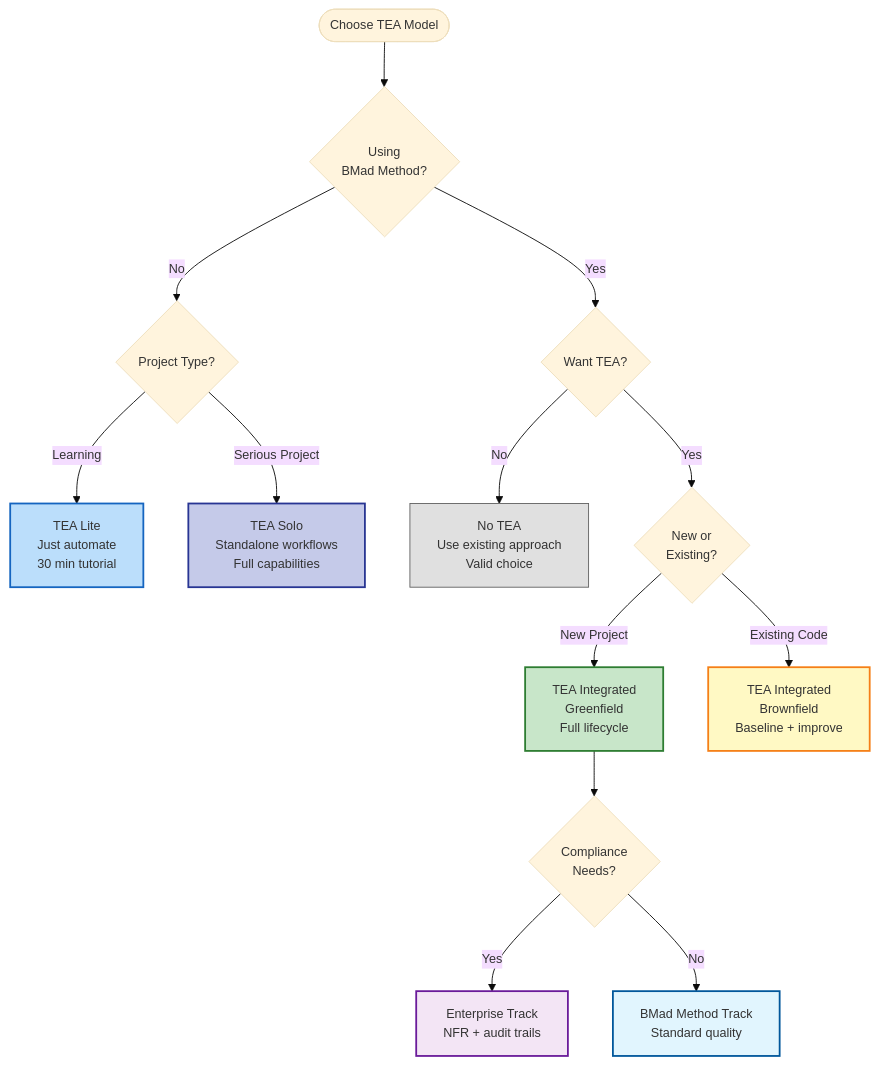
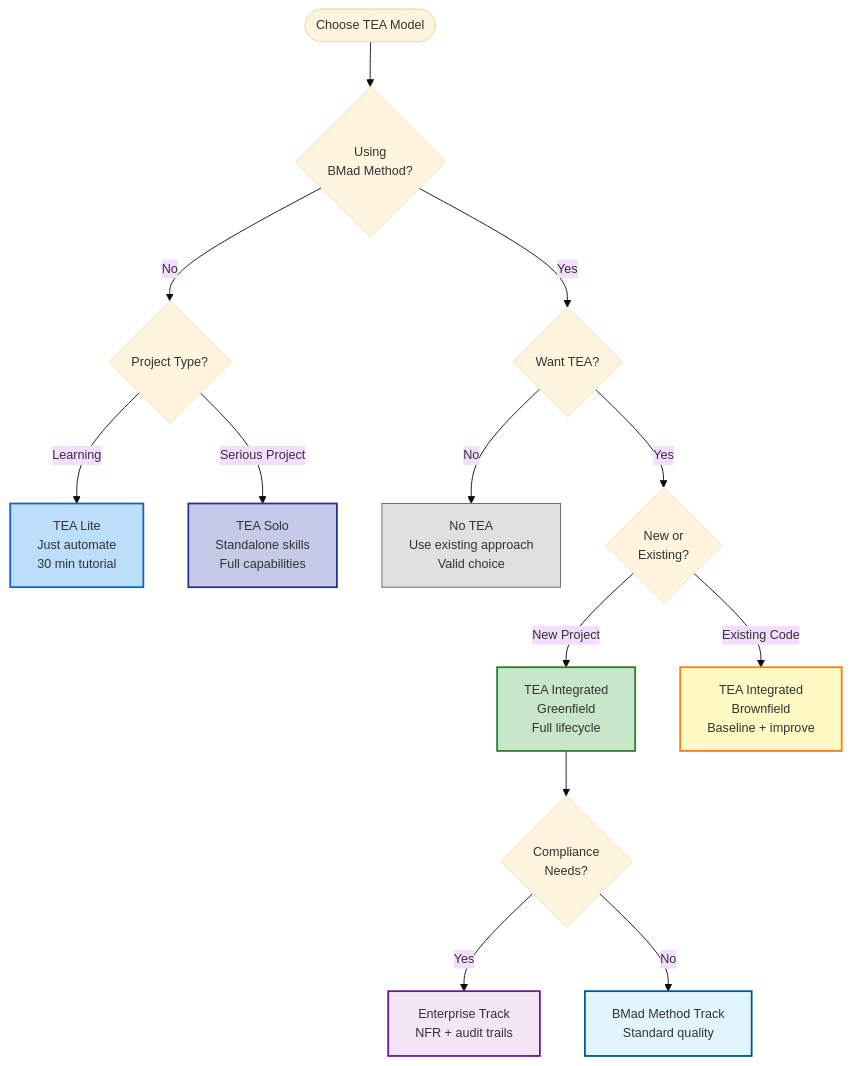
One commit to bmad-code-org/bmad-method-test-architecture-enterprise changed the diagram in docs/explanation/engagement-models.md. Above: the diagram before and after it, drawn with Mermaid. The commit also changed other lines of this file and 60 other files, not shown here.

First line of the commit message:
docs(tea): consolidate public guides around skills (#402)

````diff
--- a/docs/explanation/engagement-models.md
+++ b/docs/explanation/engagement-models.md
@@ -121,28 +121,28 @@
 ```mermaid
 %%{init: {'theme':'base', 'themeVariables': { 'fontSize':'14px'}}}%%
 flowchart TD
     Start([Choose TEA Model]) --> BMad{Using<br/>BMad Method?}
 
     BMad -->|No| NonBMad{Project Type?}
     NonBMad -->|Learning| Lite[TEA Lite<br/>Just automate<br/>30 min tutorial]
-    NonBMad -->|Serious Project| Solo[TEA Solo<br/>Standalone workflows<br/>Full capabilities]
+    NonBMad -->|Serious Project| Solo[TEA Solo<br/>Standalone skills<br/>Full capabilities]
 
     BMad -->|Yes| WantTEA{Want TEA?}
     WantTEA -->|No| None[No TEA<br/>Use existing approach<br/>Valid choice]
     WantTEA -->|Yes| ProjectType{New or<br/>Existing?}
 
     ProjectType -->|New Project| Green[TEA Integrated<br/>Greenfield<br/>Full lifecycle]
     ProjectType -->|Existing Code| Brown[TEA Integrated<br/>Brownfield<br/>Baseline + improve]
 
     Green --> Compliance{Compliance<br/>Needs?}
     Compliance -->|Yes| Enterprise[Enterprise Track<br/>NFR + audit trails]
     Compliance -->|No| Method[BMad Method Track<br/>Standard quality]
 
     style Lite fill:#bbdefb,stroke:#1565c0,stroke-width:2px
     style Solo fill:#c5cae9,stroke:#283593,stroke-width:2px
     style None fill:#e0e0e0,stroke:#616161,stroke-width:1px
     style Green fill:#c8e6c9,stroke:#2e7d32,stroke-width:2px
     style Brown fill:#fff9c4,stroke:#f57f17,stroke-width:2px
     style Enterprise fill:#f3e5f5,stroke:#6a1b9a,stroke-width:2px
     style Method fill:#e1f5fe,stroke:#01579b,stroke-width:2px
 ```
````
